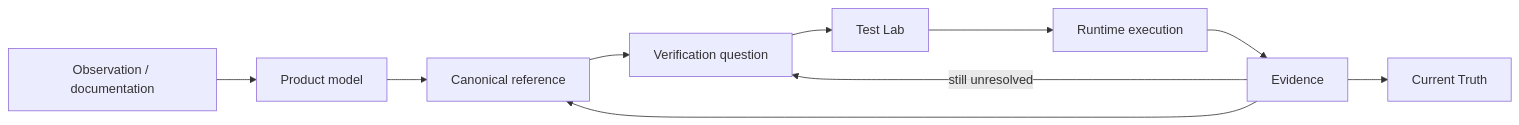
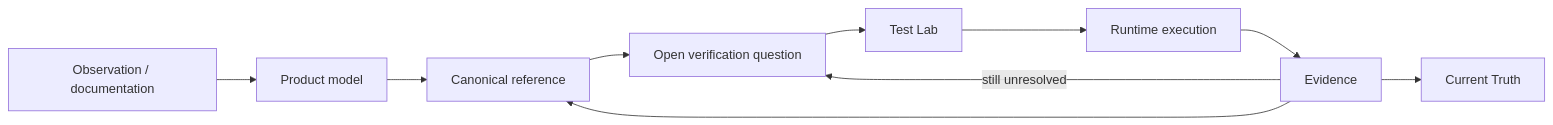
One commit to adityarane-ai/QI-Studio-Playbook changed the diagram in README.md. Above: the diagram before and after it, drawn with Mermaid. The commit also changed other lines of this file, not shown here.

Commit message:
Update README to final repository architecture

````diff
--- a/README.md
+++ b/README.md
@@ -53,12 +48,12 @@
 ```mermaid
 flowchart LR
-    E[Observation / documentation] --> M[Product model]
+    O[Observation / documentation] --> M[Product model]
     M --> C[Canonical reference]
-    C --> V[Verification question]
-    V --> T[Test Lab]
+    C --> Q[Open verification question]
+    Q --> T[Test Lab]
     T --> R[Runtime execution]
-    R --> P[Evidence]
-    P --> C
-    P --> CT[Current Truth]
-    P -->|still unresolved| V
+    R --> E[Evidence]
+    E --> C
+    E --> CT[Current Truth]
+    E -->|still unresolved| Q
 ```
````
